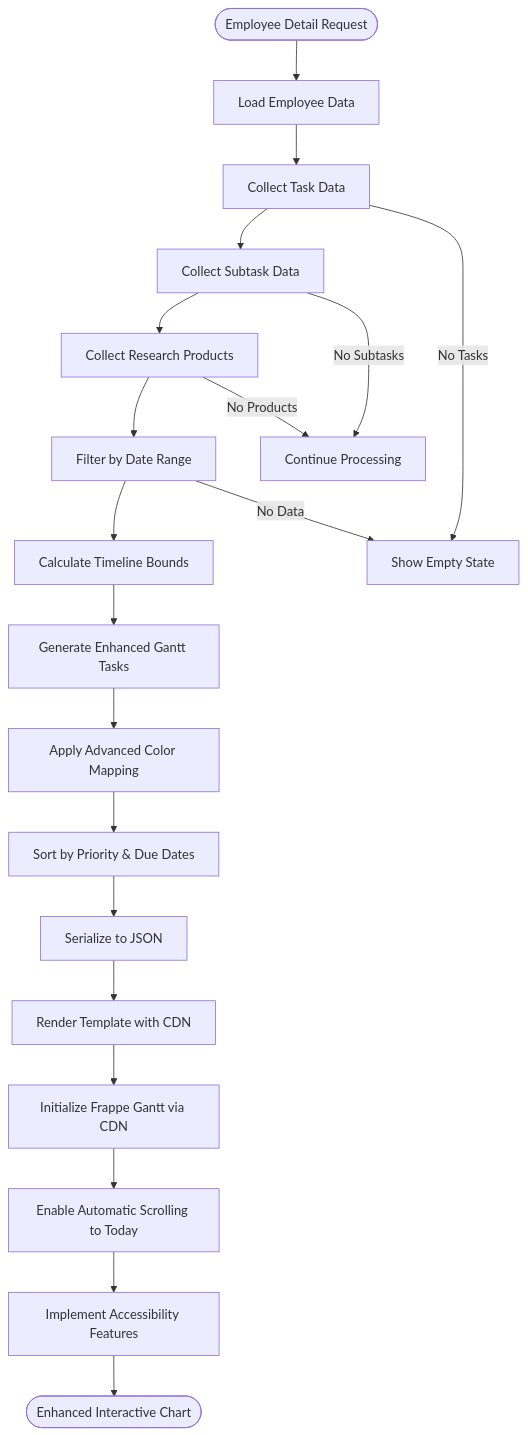
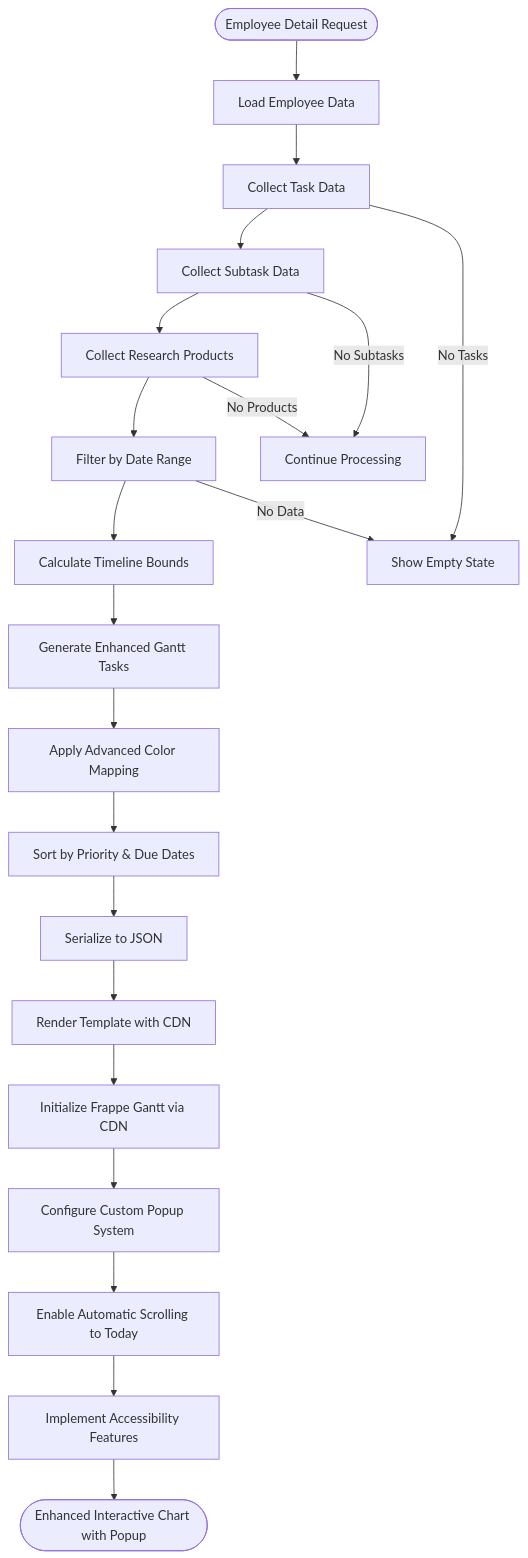
Before and after one commit to Pavel9474/task_manager: the fifth of 10 diagrams in .qoder/repowiki/en/content/User Interface and Templates/Gantt Chart Visualization System.md, drawn with Mermaid. The commit also changed other lines of this file and 7 other files, not shown here.

Commit message:
ALL gantt work code simplifid

````diff
--- a/.qoder/repowiki/en/content/User Interface and Templates/Gantt Chart Visualization System.md
+++ b/.qoder/repowiki/en/content/User Interface and Templates/Gantt Chart Visualization System.md
@@ -261,22 +285,23 @@
 ```mermaid
 flowchart TD
 Start([Employee Detail Request]) --> LoadData["Load Employee Data"]
 LoadData --> CollectTasks["Collect Task Data"]
 CollectTasks --> CollectSubtasks["Collect Subtask Data"]
 CollectSubtasks --> CollectProducts["Collect Research Products"]
 CollectProducts --> FilterPeriod["Filter by Date Range"]
 FilterPeriod --> CalculateDates["Calculate Timeline Bounds"]
 CalculateDates --> GenerateTasks["Generate Enhanced Gantt Tasks"]
 GenerateTasks --> ColorMapping["Apply Advanced Color Mapping"]
 ColorMapping --> SortTasks["Sort by Priority & Due Dates"]
 SortTasks --> SerializeData["Serialize to JSON"]
 SerializeData --> RenderTemplate["Render Template with CDN"]
 RenderTemplate --> InitGantt["Initialize Frappe Gantt via CDN"]
-InitGantt --> AutoScroll["Enable Automatic Scrolling to Today"]
+InitGantt --> SetupPopup["Configure Custom Popup System"]
+SetupPopup --> AutoScroll["Enable Automatic Scrolling to Today"]
 AutoScroll --> Accessibility["Implement Accessibility Features"]
-Accessibility --> End([Enhanced Interactive Chart])
+Accessibility --> End([Enhanced Interactive Chart with Popup])
 CollectTasks --> |No Tasks| EmptyState["Show Empty State"]
 CollectSubtasks --> |No Subtasks| ContinueProcess["Continue Processing"]
 CollectProducts --> |No Products| ContinueProcess
 FilterPeriod --> |No Data| EmptyState
 ```
````
